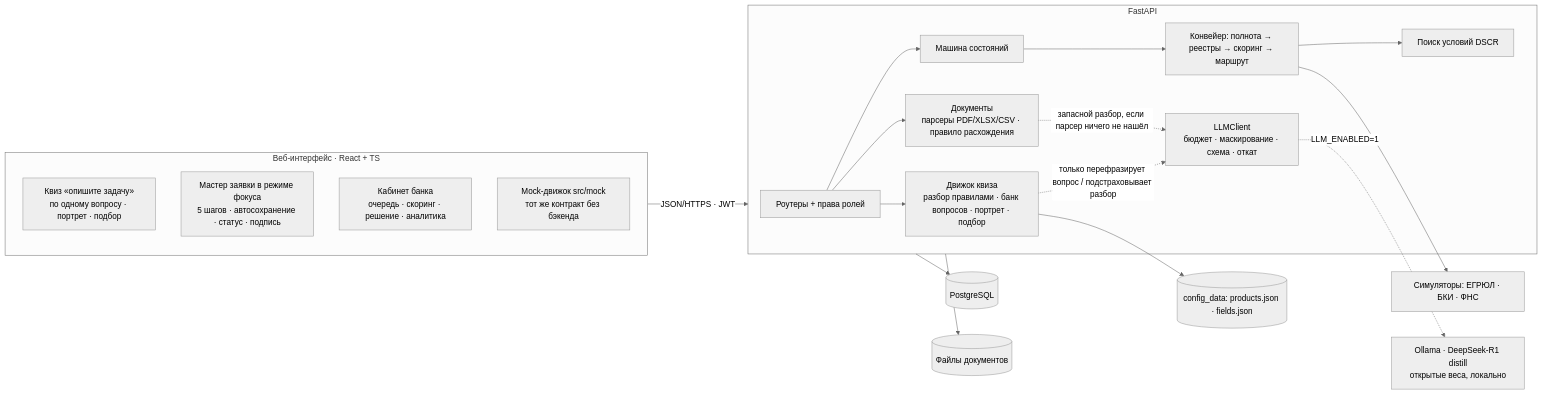
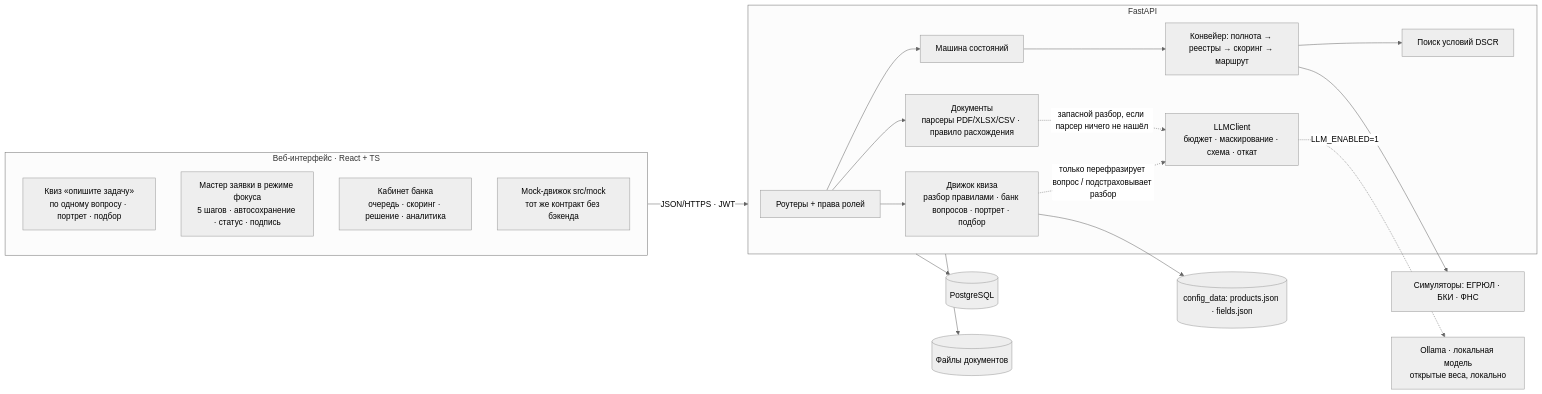
Before and after one commit to Ryt1nger/creditfy: the diagram in docs/architecture.md, drawn with Mermaid (neutral theme). The commit also changed other lines of this file and 64 other files, not shown here.

````diff
--- a/docs/architecture.md
+++ b/docs/architecture.md
@@ -3,29 +5,29 @@
 ```mermaid
 flowchart LR
     subgraph Browser[Веб-интерфейс · React + TS]
       Q[Квиз «опишите задачу»<br/>по одному вопросу · портрет · подбор]
       C[Мастер заявки в режиме фокуса<br/>5 шагов · автосохранение · статус · подпись]
       B[Кабинет банка<br/>очередь · скоринг · решение · аналитика]
       MK[Mock-движок src/mock<br/>тот же контракт без бэкенда]
     end
     Browser -- JSON/HTTPS · JWT --> API
     subgraph API[FastAPI]
       R[Роутеры + права ролей]
       IN[Движок квиза<br/>разбор правилами · банк вопросов · портрет · подбор]
       DOC[Документы<br/>парсеры PDF/XLSX/CSV · правило расхождения]
       W[Машина состояний]
       P[Конвейер: полнота → реестры → скоринг → маршрут]
       O[Поиск условий DSCR]
       LLM[LLMClient<br/>бюджет · маскирование · схема · откат]
     end
     R --> IN
     R --> DOC
     R --> W --> P --> O
     P --> SIM[Симуляторы: ЕГРЮЛ · БКИ · ФНС]
     IN -. "только перефразирует вопрос / подстраховывает разбор" .-> LLM
     DOC -. "запасной разбор, если парсер ничего не нашёл" .-> LLM
-    LLM -. "LLM_ENABLED=1" .-> OLL[Ollama · DeepSeek-R1 distill<br/>открытые веса, локально]
+    LLM -. "LLM_ENABLED=1" .-> OLL[Ollama · локальная модель<br/>открытые веса, локально]
     IN --> CFG[(config_data: products.json · fields.json)]
     API --> PG[(PostgreSQL)]
     API --> FS[(Файлы документов)]
 ```
````
